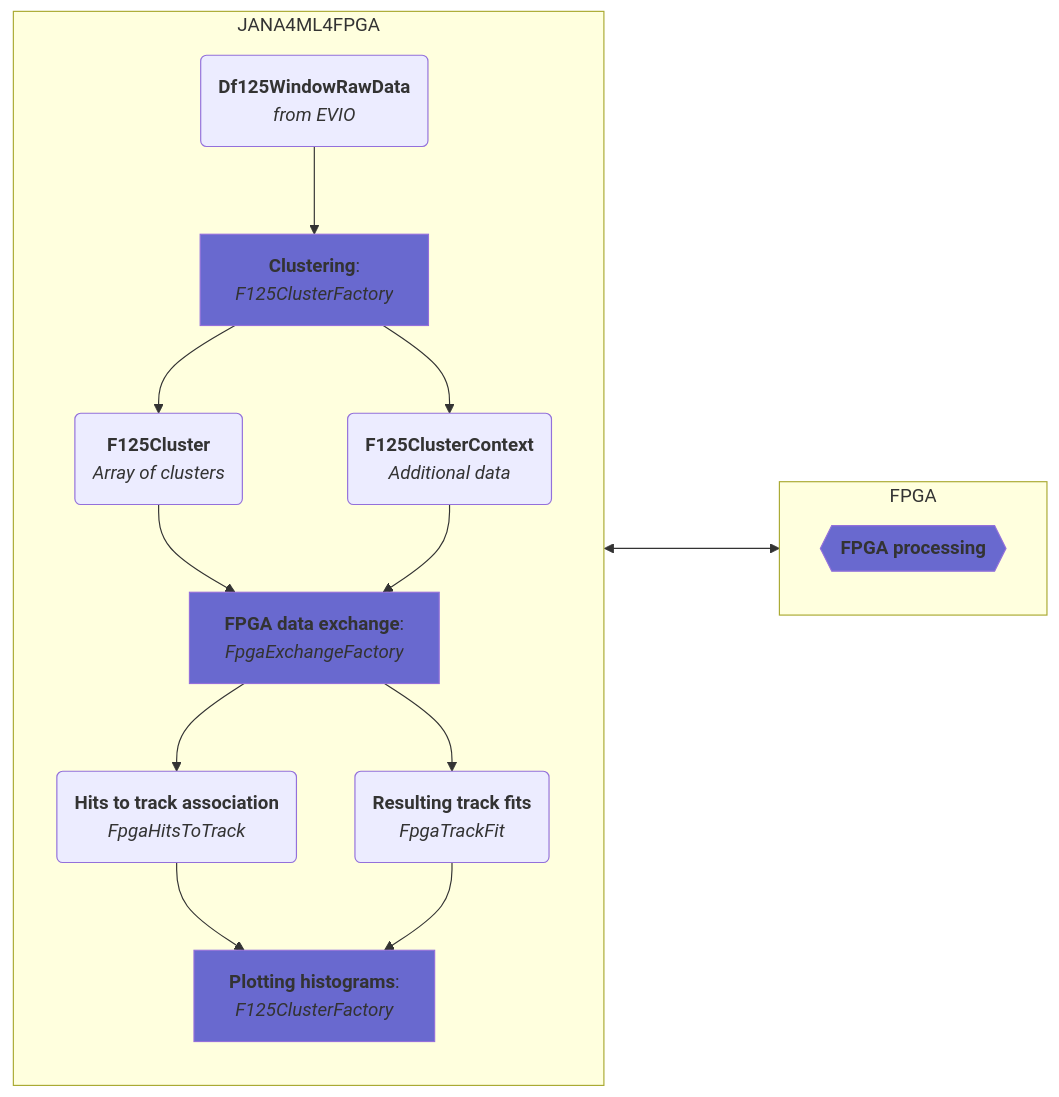
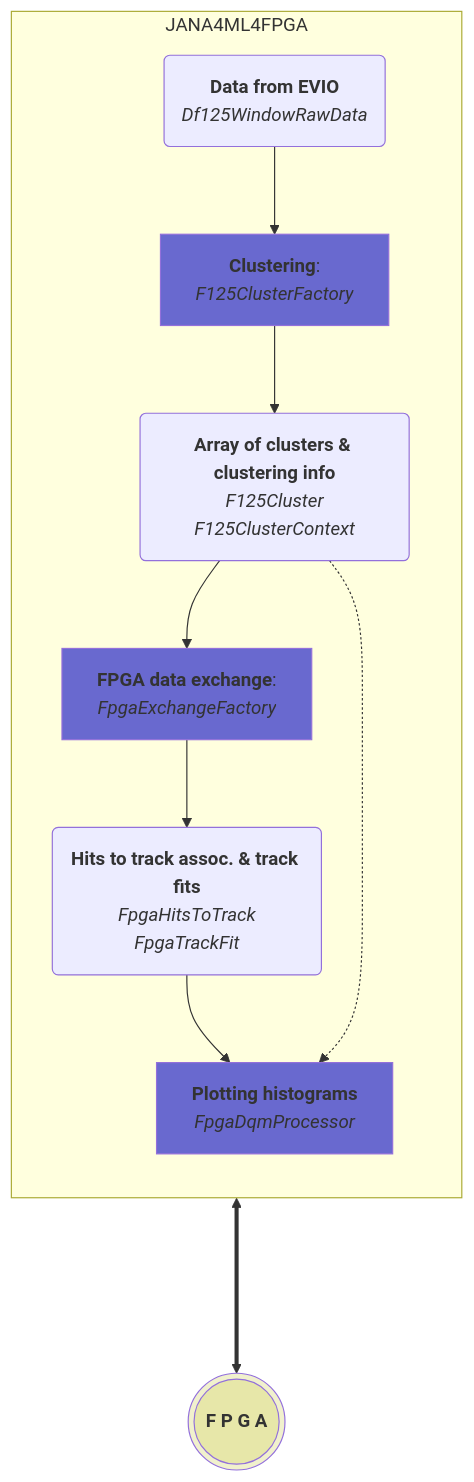
One commit to JeffersonLab/JANA4ML4FPGA changed the first of 2 diagrams in src/plugins/fpgacon/README.md. Above: the diagram before and after it, drawn with Mermaid. The commit also changed 3 other files, not shown here.

````diff
--- a/src/plugins/fpgacon/README.md
+++ b/src/plugins/fpgacon/README.md
@@ -4,32 +4,20 @@
 ```mermaid
-flowchart LR
+flowchart TB
     classDef alg fill:#44cc;
+    classDef ext fill:#cc44;
     classDef col fill:#cc66ff;
   
     subgraph JANA4ML4FPGA
         direction TB
-        Df125WindowRawData(<strong>Df125WindowRawData</strong><br/><i>from EVIO</i>)
+        Df125WindowRawData(<strong>Data from EVIO</strong><br/><i>Df125WindowRawData</i>)
         Df125WindowRawData --> F125ClusterFactory[<strong>Clustering</strong>:<br/><i>F125ClusterFactory</i>]:::alg
-        F125ClusterFactory --> F125Cluster(<strong>F125Cluster</strong><br/><i>Array of clusters</a>)
-        F125ClusterFactory --> F125ClusterContext(<strong>F125ClusterContext</strong><br/><i>Additional data</i>)
-    
+        
+        F125ClusterFactory --> F125Cluster(<strong>Array of clusters & clustering info</strong><br/><i>F125Cluster<br>F125ClusterContext</i>)
         F125Cluster --> FpgaExchangeFactory[<strong>FPGA data exchange</strong>:<br/><i>FpgaExchangeFactory</i>]:::alg
-        F125ClusterContext --> FpgaExchangeFactory
-    
-        FpgaExchangeFactory --> FpgaHitsToTrack(<strong>Hits to track association</strong><br/><i>FpgaHitsToTrack</i>)
-        FpgaExchangeFactory --> FpgaTrackFit(<strong>Resulting track fits</strong><br/><i>FpgaTrackFit</i>)
-    
-        FpgaHitsToTrack --> FpgaDqmProcessor[<strong>Plotting histograms</strong>:<br/><i>F125ClusterFactory</i>]:::alg
-        FpgaTrackFit --> FpgaDqmProcessor        
-
+        FpgaExchangeFactory --> FpgaHitsToTrack(<strong>Hits to track assoc. & track fits</strong><br/><i>FpgaHitsToTrack<br>FpgaTrackFit</i>)
+        FpgaHitsToTrack --> FpgaDqmProcessor[<strong>Plotting histograms</strong><br/><i>FpgaDqmProcessor</i>]:::alg
+        F125Cluster -.-> FpgaDqmProcessor
     end
 
-    subgraph FPGA
-        direction TB
-        FPGAProcessor{{<strong>FPGA processing</strong>}}:::alg
-    end
-
-    FpgaExchangeFactory <----> FPGA
-
-
+    FpgaExchangeFactory <====>  FPGAProcessor(((<strong>F P G A</strong>))):::ext
 ```
````
